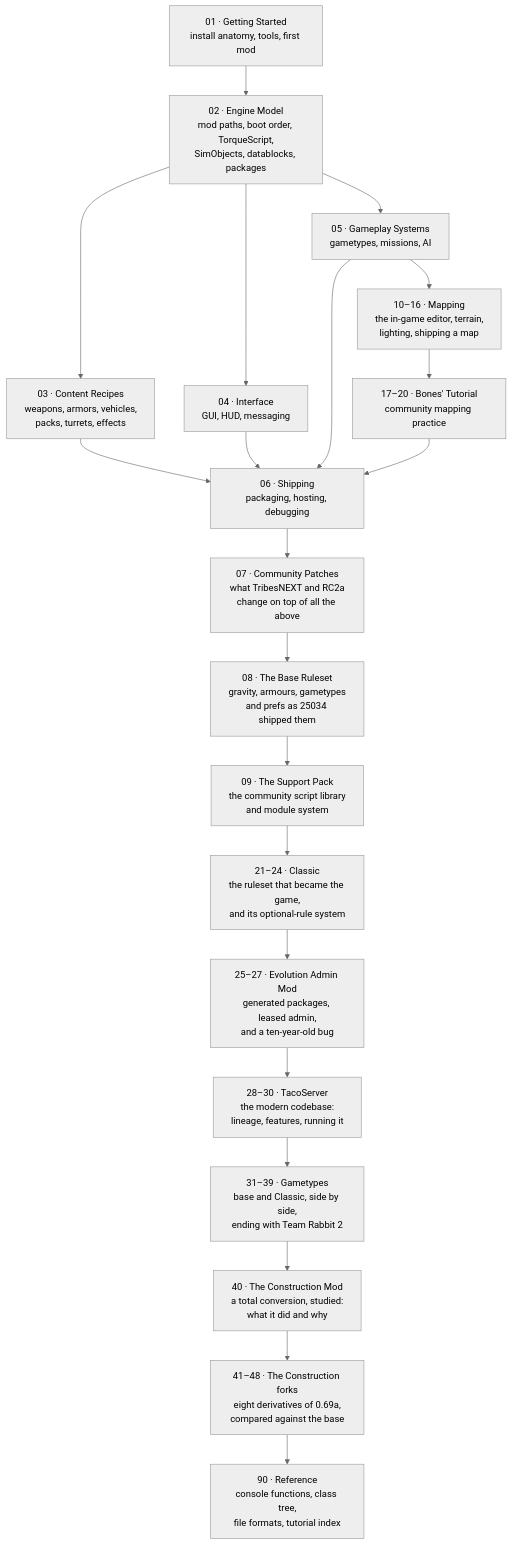
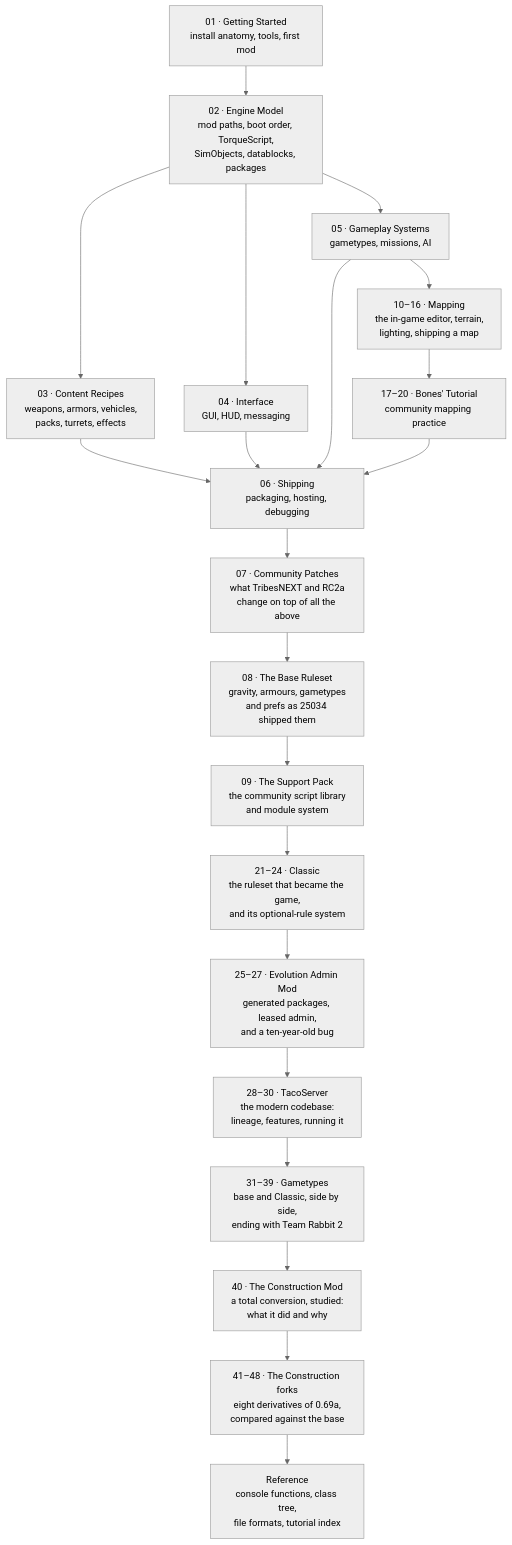
The diagram in README.md (Tribes2-Community/mod-doc), drawn with Mermaid (neutral theme) before and after one commit. The commit also changed other lines of this file and 34 other files, not shown here.

````diff
--- a/README.md
+++ b/README.md
@@ -68,23 +68,23 @@
 ```mermaid
 flowchart TD
     A["01 · Getting Started<br/>install anatomy, tools, first mod"] --> B["02 · Engine Model<br/>mod paths, boot order, TorqueScript,<br/>SimObjects, datablocks, packages"]
     B --> C["03 · Content Recipes<br/>weapons, armors, vehicles,<br/>packs, turrets, effects"]
     B --> D["04 · Interface<br/>GUI, HUD, messaging"]
     B --> E["05 · Gameplay Systems<br/>gametypes, missions, AI"]
     C --> F["06 · Shipping<br/>packaging, hosting, debugging"]
     D --> F
     E --> F
     E --> MAP["10–16 · Mapping<br/>the in-game editor, terrain,<br/>lighting, shipping a map"]
     MAP --> BONES["17–20 · Bones' Tutorial<br/>community mapping practice"]
     BONES --> F
     F --> P["07 · Community Patches<br/>what TribesNEXT and RC2a<br/>change on top of all the above"]
     P --> BR["08 · The Base Ruleset<br/>gravity, armours, gametypes<br/>and prefs as 25034 shipped them"]
     BR --> S["09 · The Support Pack<br/>the community script library<br/>and module system"]
     S --> CL["21–24 · Classic<br/>the ruleset that became the game,<br/>and its optional-rule system"]
     CL --> EV["25–27 · Evolution Admin Mod<br/>generated packages, leased admin,<br/>and a ten-year-old bug"]
     EV --> TS["28–30 · TacoServer<br/>the modern codebase:<br/>lineage, features, running it"]
     TS --> GT["31–39 · Gametypes<br/>base and Classic, side by side,<br/>ending with Team Rabbit 2"]
     GT --> M["40 · The Construction Mod<br/>a total conversion, studied:<br/>what it did and why"]
     M --> FK["41–48 · The Construction forks<br/>eight derivatives of 0.69a,<br/>compared against the base"]
-    FK --> G["90 · Reference<br/>console functions, class tree,<br/>file formats, tutorial index"]
+    FK --> G["Reference<br/>console functions, class tree,<br/>file formats, tutorial index"]
 ```
````
